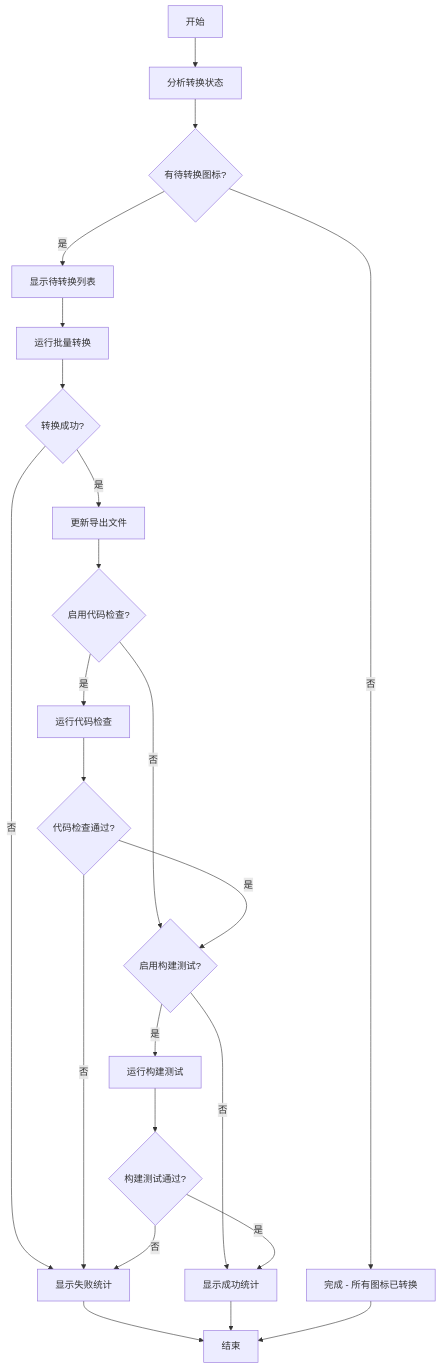
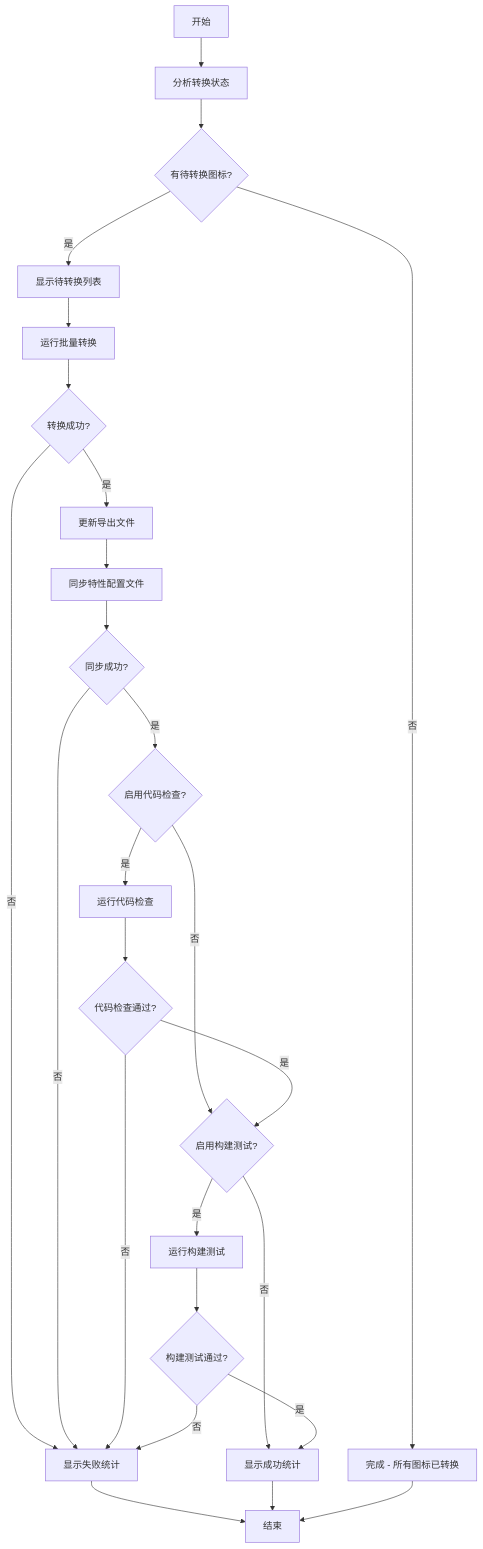
The diagram in scripts/rn-conversion/README.md (lobehub/lobe-icons), drawn with Mermaid before and after one commit. The commit also changed other lines of this file and 6 other files, not shown here.

````diff
--- a/scripts/rn-conversion/README.md
+++ b/scripts/rn-conversion/README.md
@@ -77,25 +78,28 @@
 ```mermaid
 graph TD
     A[开始] --> B[分析转换状态]
     B --> C{有待转换图标?}
     C -->|否| D[完成 - 所有图标已转换]
     C -->|是| E[显示待转换列表]
     E --> F[运行批量转换]
     F --> G{转换成功?}
     G -->|否| H[显示失败统计]
     G -->|是| I[更新导出文件]
-    I --> J{启用代码检查?}
-    J -->|否| K{启用构建测试?}
-    J -->|是| L[运行代码检查]
-    L --> M{代码检查通过?}
-    M -->|否| H
-    M -->|是| K
-    K -->|否| N[显示成功统计]
-    K -->|是| O[运行构建测试]
-    O --> P{构建测试通过?}
-    P -->|否| H
-    P -->|是| N
-    H --> Q[结束]
-    N --> Q
-    D --> Q
+    I --> J[同步特性配置文件]
+    J --> K{同步成功?}
+    K -->|否| H
+    K -->|是| L{启用代码检查?}
+    L -->|否| M{启用构建测试?}
+    L -->|是| N[运行代码检查]
+    N --> O{代码检查通过?}
+    O -->|否| H
+    O -->|是| M
+    M -->|否| P[显示成功统计]
+    M -->|是| Q[运行构建测试]
+    Q --> R{构建测试通过?}
+    R -->|否| H
+    R -->|是| P
+    H --> S[结束]
+    P --> S
+    D --> S
 ```
````
